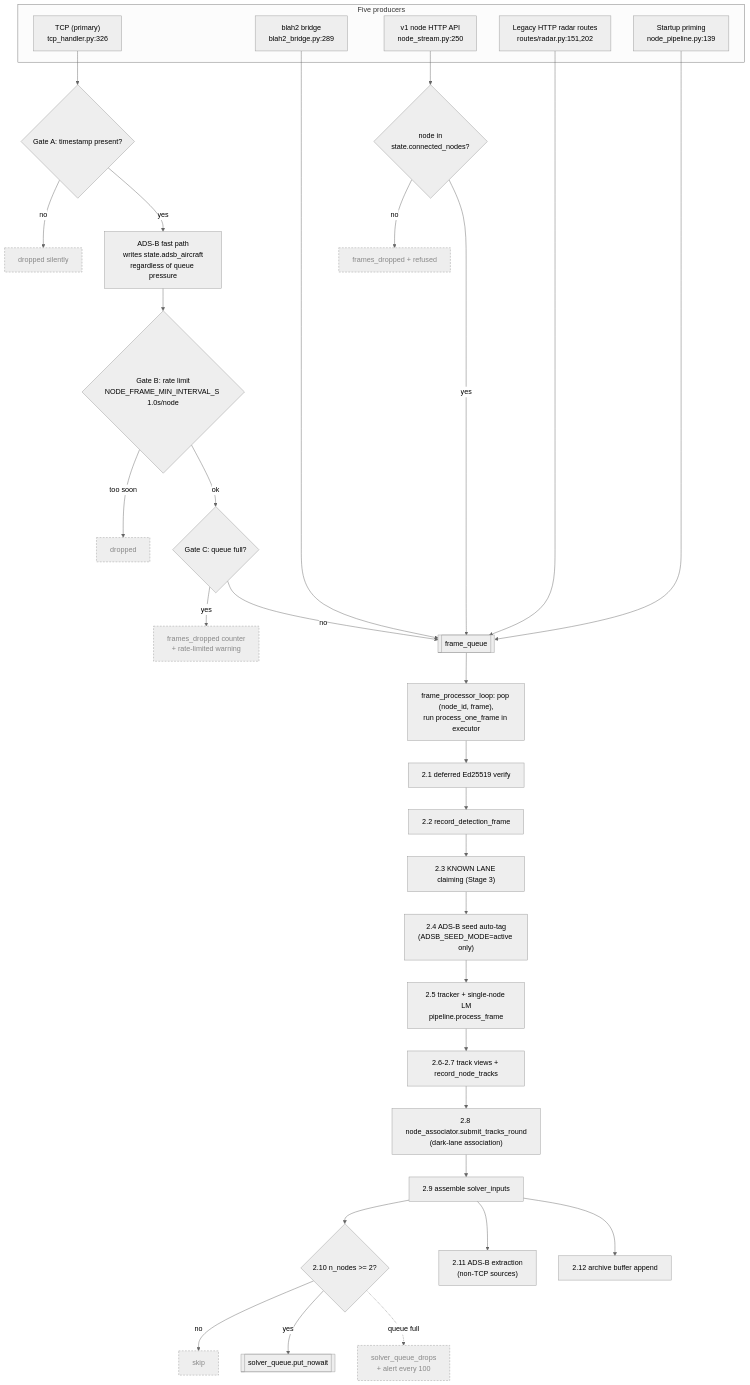
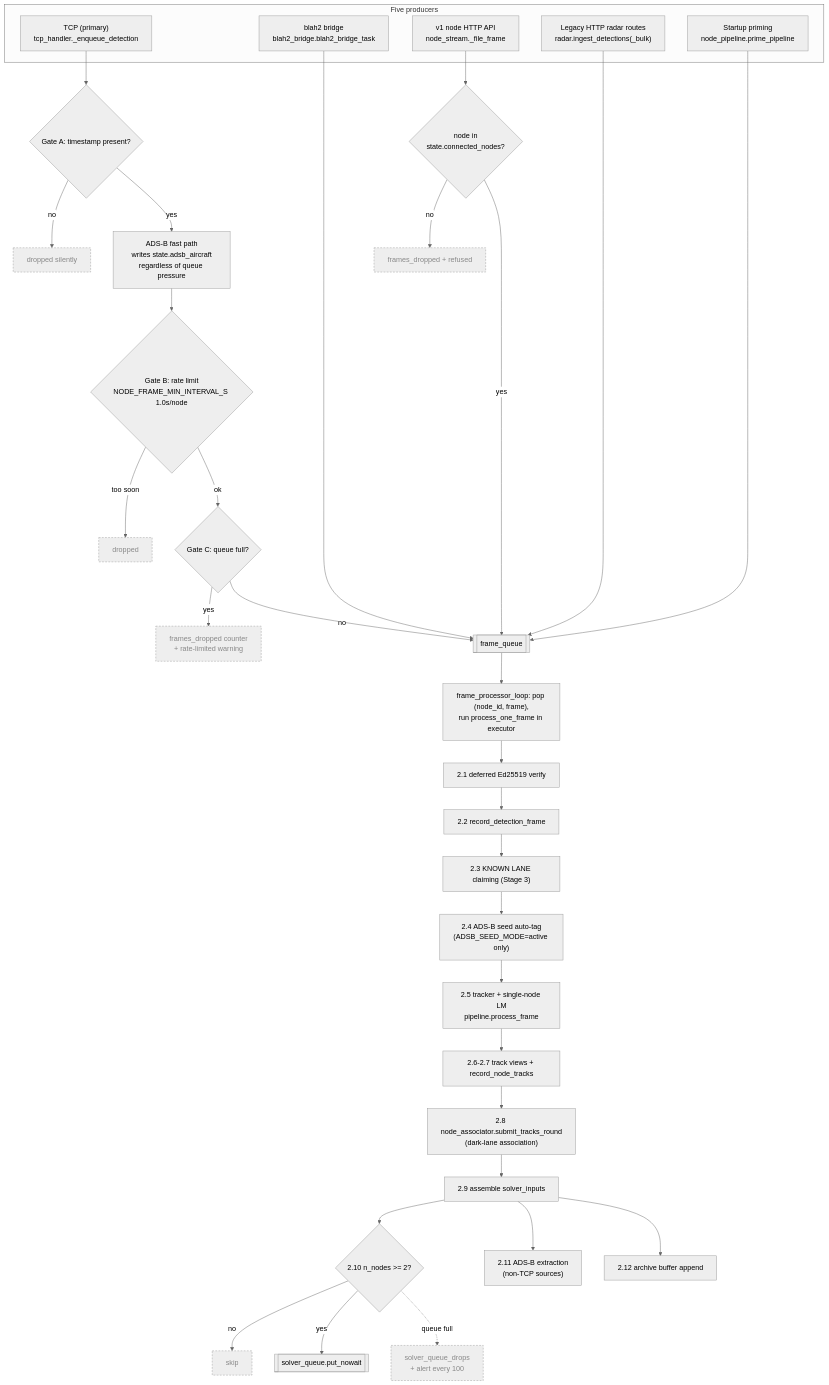
One commit to offworldlabs/retina-server changed the third of 10 diagrams in docs/solverflow.md. Above: the diagram before and after it, drawn with Mermaid (neutral theme). The commit also changed other lines of this file and 7 other files, not shown here.

````diff
--- a/docs/solverflow.md
+++ b/docs/solverflow.md
@@ -89,44 +91,44 @@
 ```mermaid
 flowchart TD
     subgraph producers["Five producers"]
-        p1["TCP (primary)<br/>tcp_handler.py:326"]
-        p2["blah2 bridge<br/>blah2_bridge.py:289"]
-        p3["v1 node HTTP API<br/>node_stream.py:250"]
-        p4["Legacy HTTP radar routes<br/>routes/radar.py:151,202"]
-        p5["Startup priming<br/>node_pipeline.py:139"]
+        p1["TCP (primary)<br/>tcp_handler._enqueue_detection"]
+        p2["blah2 bridge<br/>blah2_bridge.blah2_bridge_task"]
+        p3["v1 node HTTP API<br/>node_stream._file_frame"]
+        p4["Legacy HTTP radar routes<br/>radar.ingest_detections(_bulk)"]
+        p5["Startup priming<br/>node_pipeline.prime_pipeline"]
     end
 
     p1 --> gA{"Gate A: timestamp present?"}
     gA -->|"no"| dropA["dropped silently"]:::inert
     gA -->|"yes"| adsbfast["ADS-B fast path<br/>writes state.adsb_aircraft<br/>regardless of queue pressure"]
     adsbfast --> gB{"Gate B: rate limit<br/>NODE_FRAME_MIN_INTERVAL_S 1.0s/node"}
     gB -->|"too soon"| dropB["dropped"]:::inert
     gB -->|"ok"| gC{"Gate C: queue full?"}
     gC -->|"yes"| dropC["frames_dropped counter<br/>+ rate-limited warning"]:::inert
     gC -->|"no"| fq[["frame_queue"]]
 
     p2 --> fq
     p3 --> gD{"node in<br/>state.connected_nodes?"}
     gD -->|"no"| dropD["frames_dropped + refused"]:::inert
     gD -->|"yes"| fq
     p4 --> fq
     p5 --> fq
 
     fq --> drain["frame_processor_loop: pop (node_id, frame),<br/>run process_one_frame in executor"]
     drain --> s21["2.1 deferred Ed25519 verify"]
     s21 --> s22["2.2 record_detection_frame"]
     s22 --> s23["2.3 KNOWN LANE claiming (Stage 3)"]
     s23 --> s24["2.4 ADS-B seed auto-tag<br/>(ADSB_SEED_MODE=active only)"]
     s24 --> s25["2.5 tracker + single-node LM<br/>pipeline.process_frame"]
     s25 --> s26["2.6-2.7 track views + record_node_tracks"]
     s26 --> s28["2.8 node_associator.submit_tracks_round<br/>(dark-lane association)"]
     s28 --> s29["2.9 assemble solver_inputs"]
     s29 --> gE{"2.10 n_nodes >= 2?"}
     gE -->|"no"| skipE["skip"]:::inert
     gE -->|"yes"| sq[["solver_queue.put_nowait"]]
     gE -.->|"queue full"| dropE["solver_queue_drops<br/>+ alert every 100"]:::inert
     s29 --> s211["2.11 ADS-B extraction<br/>(non-TCP sources)"]
     s29 --> s212["2.12 archive buffer append"]
 
     classDef inert fill:#eee,stroke:#999,color:#888,stroke-dasharray: 4 3
 ```
````
